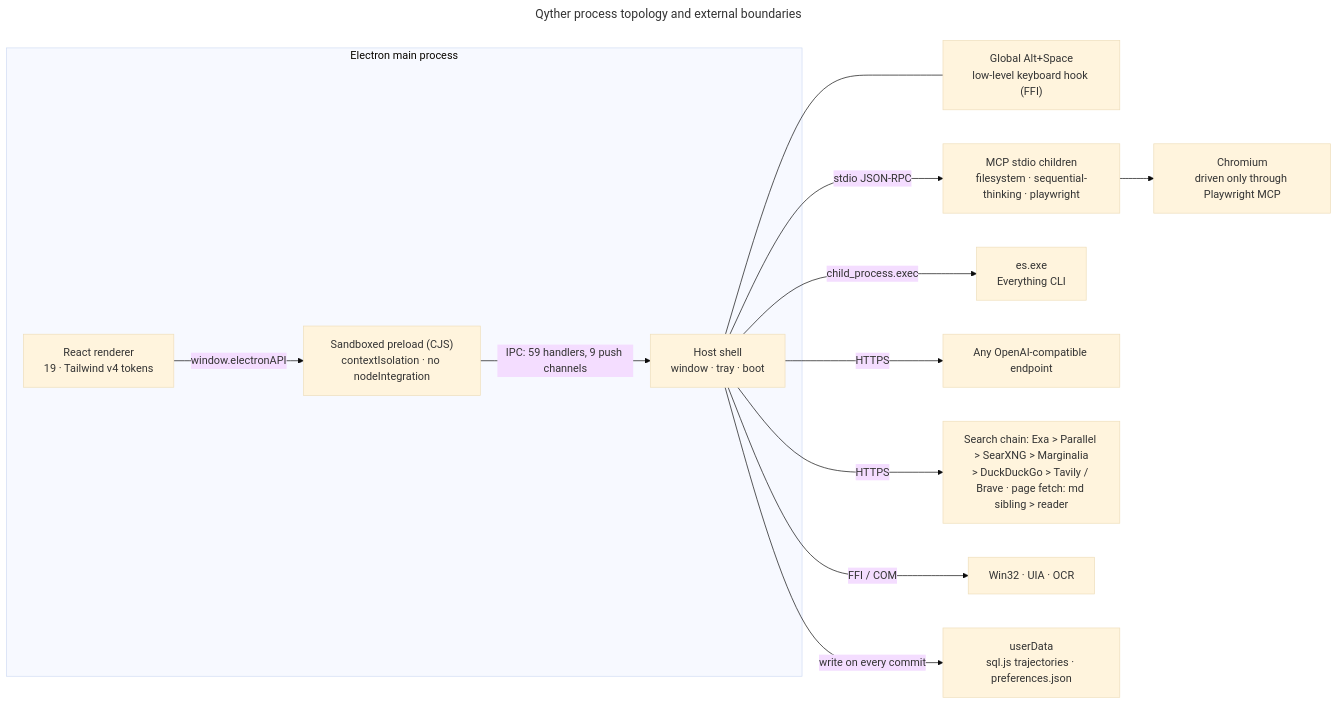
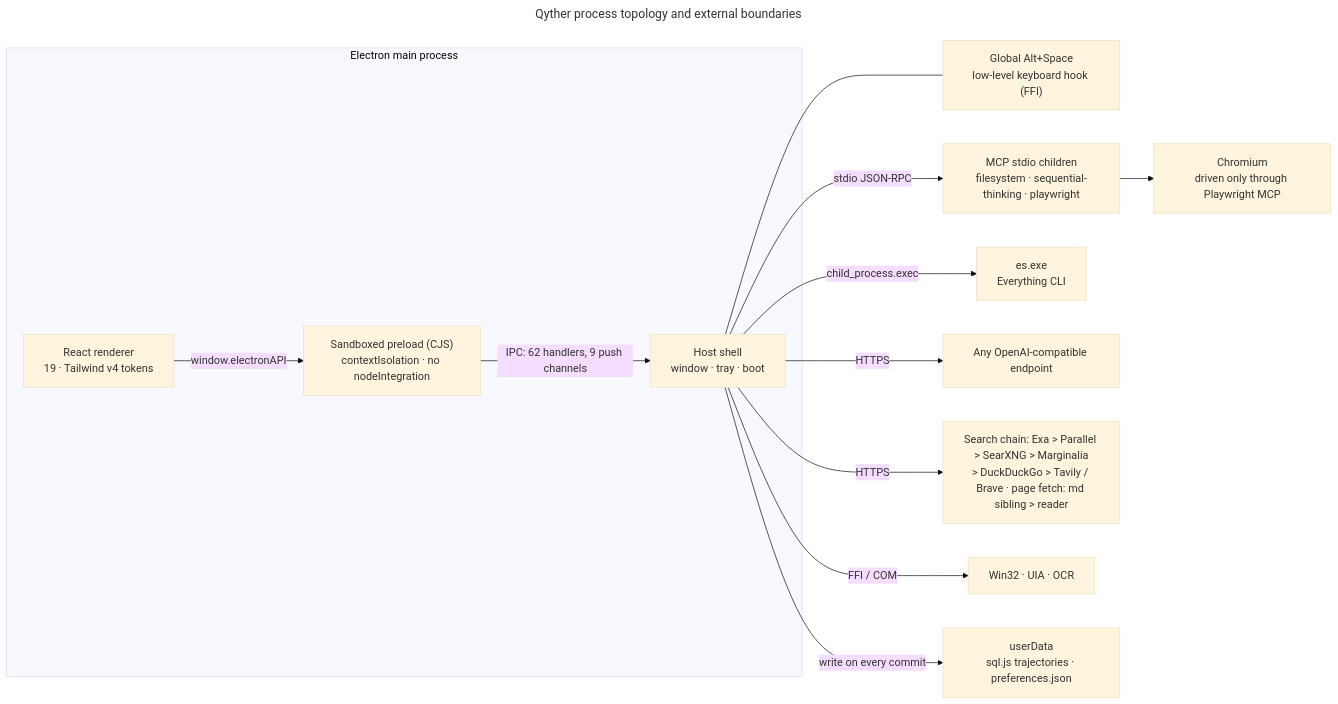
Before and after one commit to Launchero/Qyther: the first of 2 diagrams in README.md, drawn with Mermaid (base theme). The commit also changed other lines of this file and 83 other files, not shown here.

Commit message:
docs(contracts): refresh dox docs design-lab diagrams and screenshots

````diff
--- a/README.md
+++ b/README.md
@@ -57,29 +57,29 @@
 ```mermaid
 ---
 title: "Qyther process topology and external boundaries"
 ---
 flowchart LR
   subgraph MAIN["Electron main process"]
     M["Host shell<br/>window · tray · boot"]
     P["Sandboxed preload (CJS)<br/>contextIsolation · no nodeIntegration"]
     R["React renderer<br/>19 · Tailwind v4 tokens"]
     R -- "window.electronAPI" --> P
-    P -- "IPC: 59 handlers, 9 push channels" --> M
+    P -- "IPC: 62 handlers, 9 push channels" --> M
   end
   H["Global Alt+Space<br/>low-level keyboard hook (FFI)"]
   M --- H
   MCP["MCP stdio children<br/>filesystem · sequential-thinking · playwright"]
   CH["Chromium<br/>driven only through Playwright MCP"]
   ES["es.exe<br/>Everything CLI"]
   LLM["Any OpenAI-compatible endpoint"]
   WEB["Search chain: Exa > Parallel > SearXNG > Marginalia<br/>> DuckDuckGo > Tavily / Brave &middot; page fetch: md sibling > reader"]
   OS["Win32 · UIA · OCR"]
   DB["userData<br/>sql.js trajectories · preferences.json"]
   M -- "stdio JSON-RPC" --> MCP
   MCP --> CH
   M -- "child_process.exec" --> ES
   M -- "HTTPS" --> LLM
   M -- "HTTPS" --> WEB
   M -- "FFI / COM" --> OS
   M -- "write on every commit" --> DB
 ```
````
